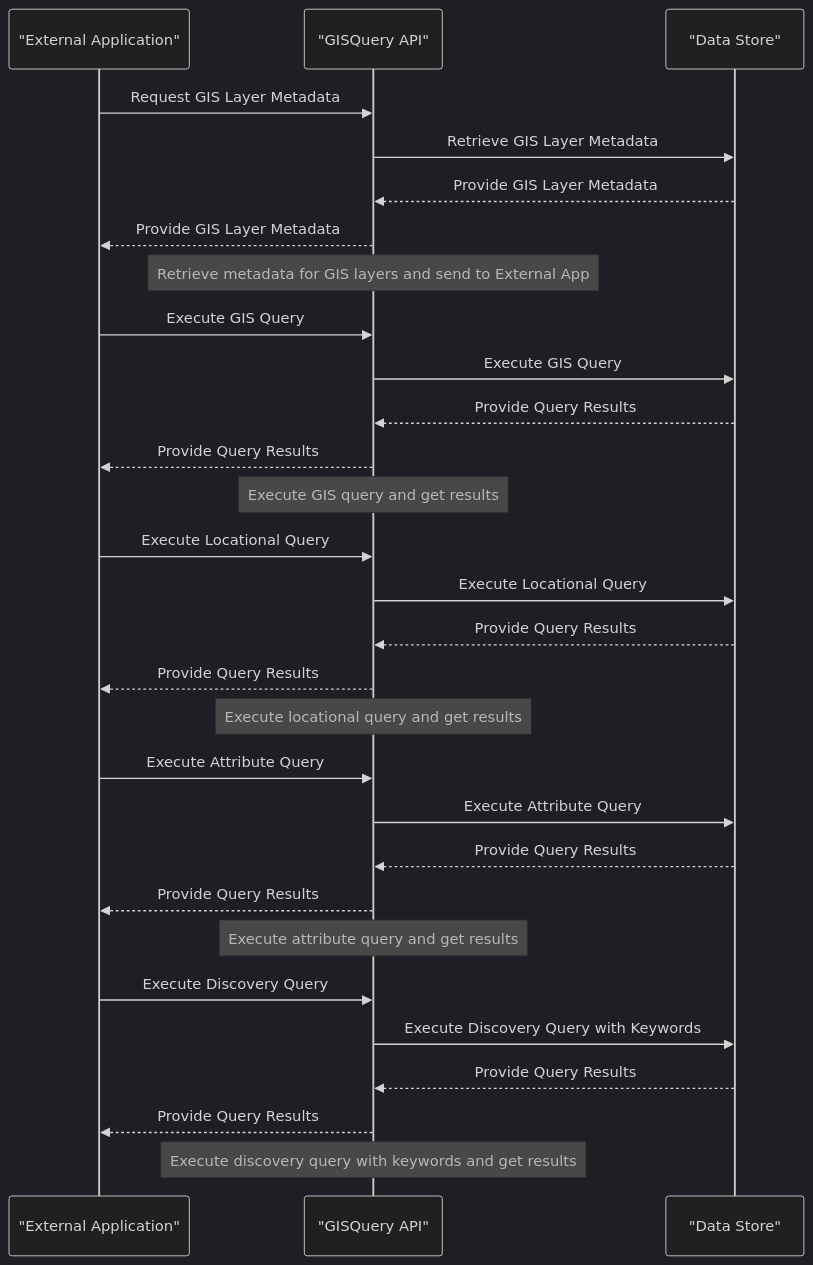
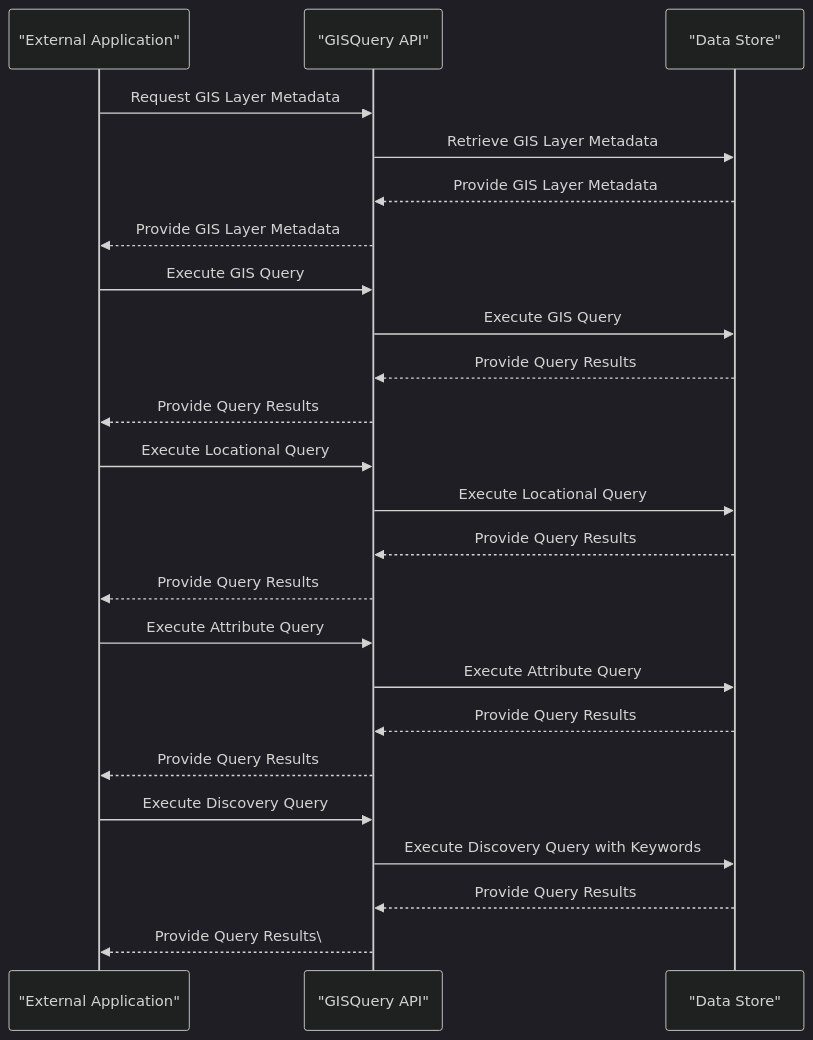
The fourth of 18 diagrams in spec/9-workflows.md (GovStackWorkingGroup/bb-gis), drawn with Mermaid (dark theme) before and after one commit. The commit also changed other lines of this file and 2 other files, not shown here.

Commit message:
GITBOOK-104: change request with no subject merged in GitBook

````diff
--- a/spec/9-workflows.md
+++ b/spec/9-workflows.md
@@ -126,37 +125,32 @@
 ```mermaid
 sequenceDiagram
   participant ExternalApp as "External Application"
   participant GISQueryAPI as "GISQuery API"
   participant DataStore as "Data Store"
 
   ExternalApp ->> GISQueryAPI: Request GIS Layer Metadata
   GISQueryAPI ->> DataStore: Retrieve GIS Layer Metadata
   DataStore -->> GISQueryAPI: Provide GIS Layer Metadata
   GISQueryAPI -->> ExternalApp: Provide GIS Layer Metadata
-  Note over GISQueryAPI: Retrieve metadata for GIS layers and send to External App
 
   ExternalApp ->> GISQueryAPI: Execute GIS Query
   GISQueryAPI ->> DataStore: Execute GIS Query
   DataStore -->> GISQueryAPI: Provide Query Results
   GISQueryAPI -->> ExternalApp: Provide Query Results
-  Note over GISQueryAPI: Execute GIS query and get results
 
   ExternalApp ->> GISQueryAPI: Execute Locational Query
   GISQueryAPI ->> DataStore: Execute Locational Query
   DataStore -->> GISQueryAPI: Provide Query Results
   GISQueryAPI -->> ExternalApp: Provide Query Results
-  Note over GISQueryAPI: Execute locational query and get results
 
   ExternalApp ->> GISQueryAPI: Execute Attribute Query
   GISQueryAPI ->> DataStore: Execute Attribute Query
   DataStore -->> GISQueryAPI: Provide Query Results
   GISQueryAPI -->> ExternalApp: Provide Query Results
-  Note over GISQueryAPI: Execute attribute query and get results
 
   ExternalApp ->> GISQueryAPI: Execute Discovery Query
   GISQueryAPI ->> DataStore: Execute Discovery Query with Keywords
   DataStore -->> GISQueryAPI: Provide Query Results
-  GISQueryAPI -->> ExternalApp: Provide Query Results
-  Note over GISQueryAPI: Execute discovery query with keywords and get results
-
+  GISQueryAPI -->> ExternalApp: Provide Query Results\
+  
 ```
````
